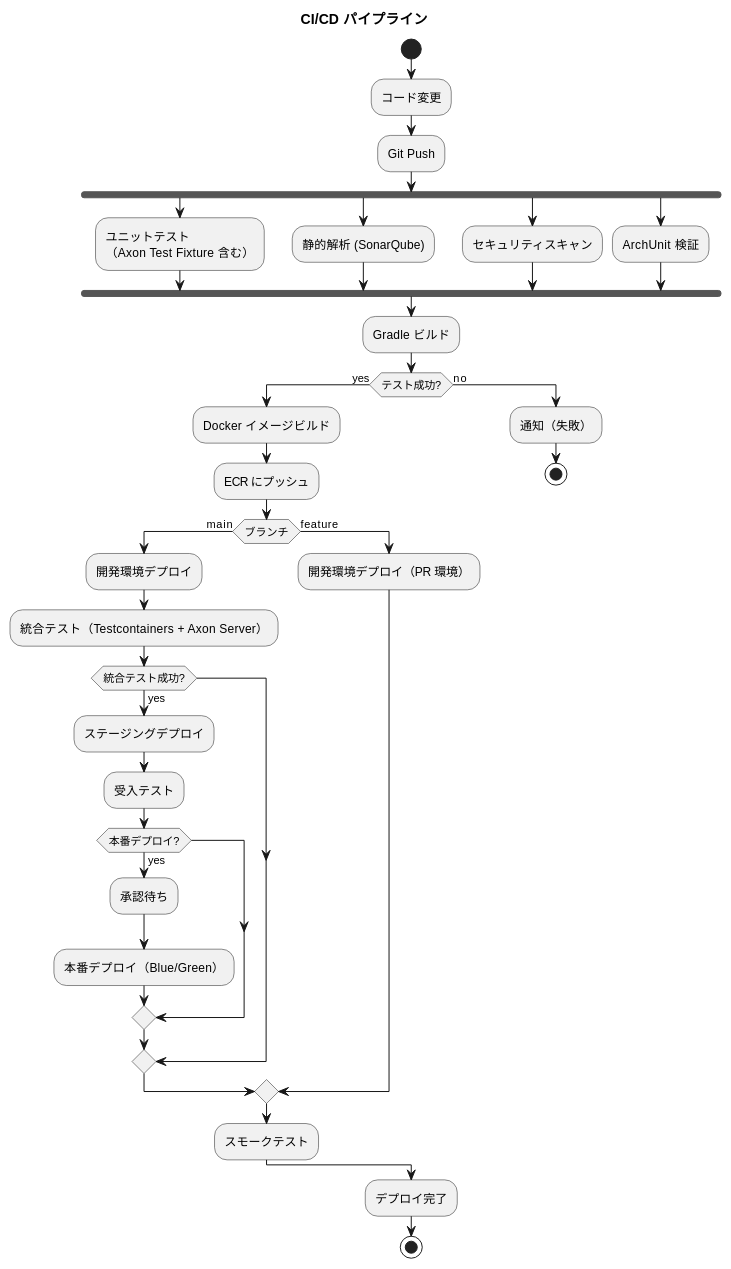
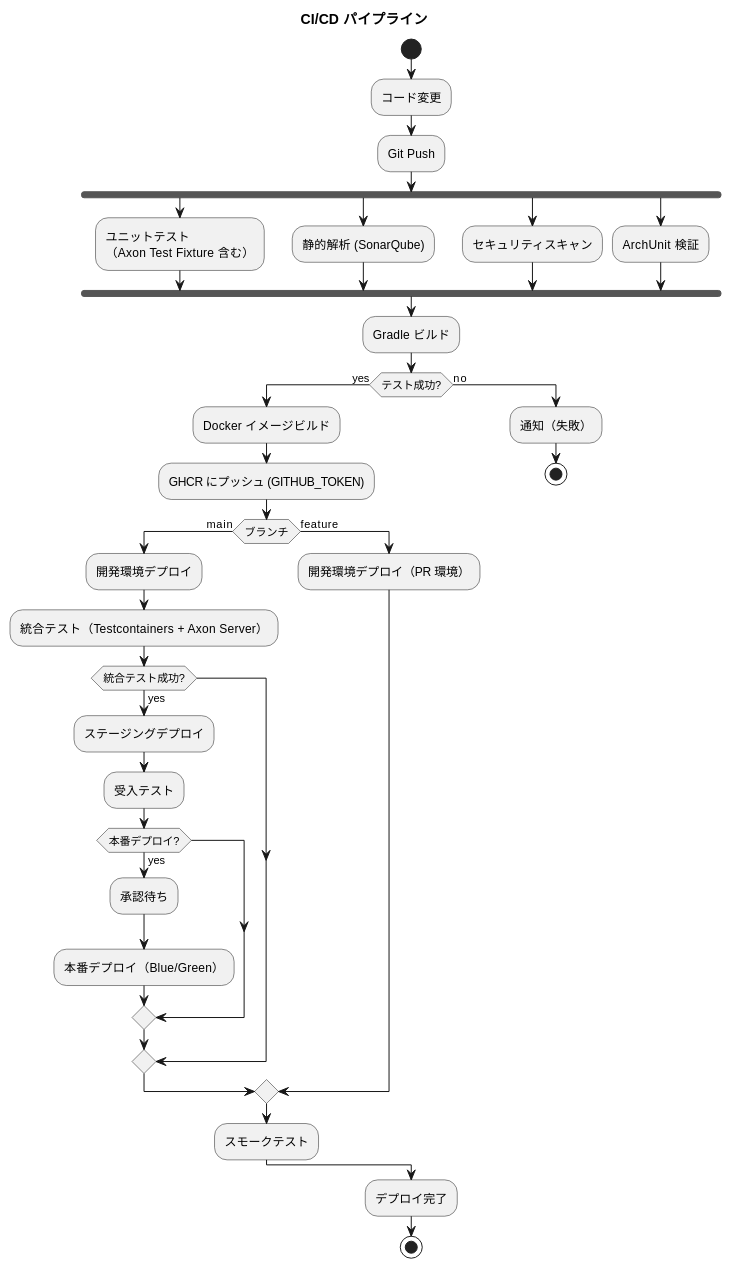
Before and after one commit to k2works/case-study-cargo-tracker: the third of 4 diagrams in docs/design/architecture_infrastructure.md, drawn with PlantUML. The commit also changed other lines of this file and 3 other files, not shown here.

````diff
--- a/docs/design/architecture_infrastructure.md
+++ b/docs/design/architecture_infrastructure.md
@@ -321,52 +324,52 @@
 ```plantuml
 @startuml
 
 title CI/CD パイプライン
 
 start
 
 :コード変更;
 :Git Push;
 
 fork
   :ユニットテスト\n（Axon Test Fixture 含む）;
 fork again
   :静的解析 (SonarQube);
 fork again
   :セキュリティスキャン;
 fork again
   :ArchUnit 検証;
 end fork
 
 :Gradle ビルド;
 
 if (テスト成功?) then (yes)
   :Docker イメージビルド;
-  :ECR にプッシュ;
+  :GHCR にプッシュ (GITHUB_TOKEN);
 
   if (ブランチ) then (main)
     :開発環境デプロイ;
     :統合テスト（Testcontainers + Axon Server）;
     if (統合テスト成功?) then (yes)
       :ステージングデプロイ;
       :受入テスト;
       if (本番デプロイ?) then (yes)
         :承認待ち;
         :本番デプロイ（Blue/Green）;
       endif
     endif
   else (feature)
     :開発環境デプロイ（PR 環境）;
   endif
 
   :スモークテスト;
 else (no)
   :通知（失敗）;
   stop
 endif
 
 :デプロイ完了;
 stop
 
 @enduml
 ```
````
